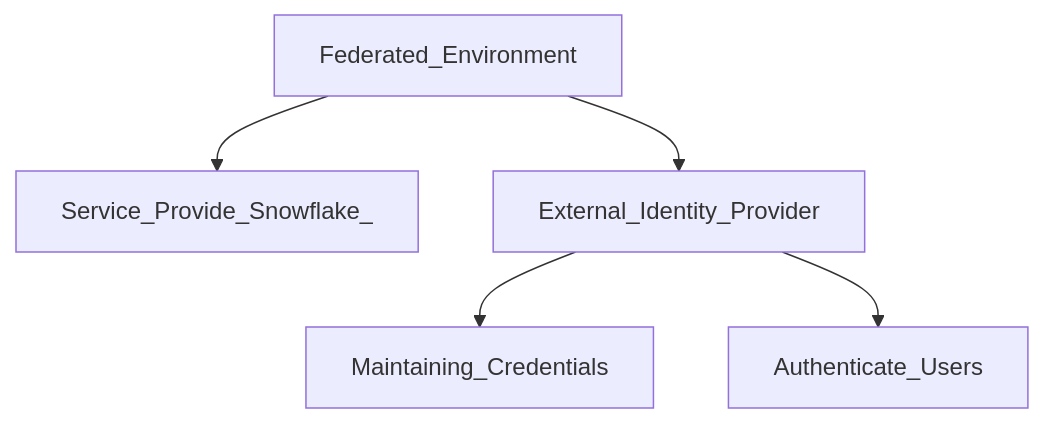
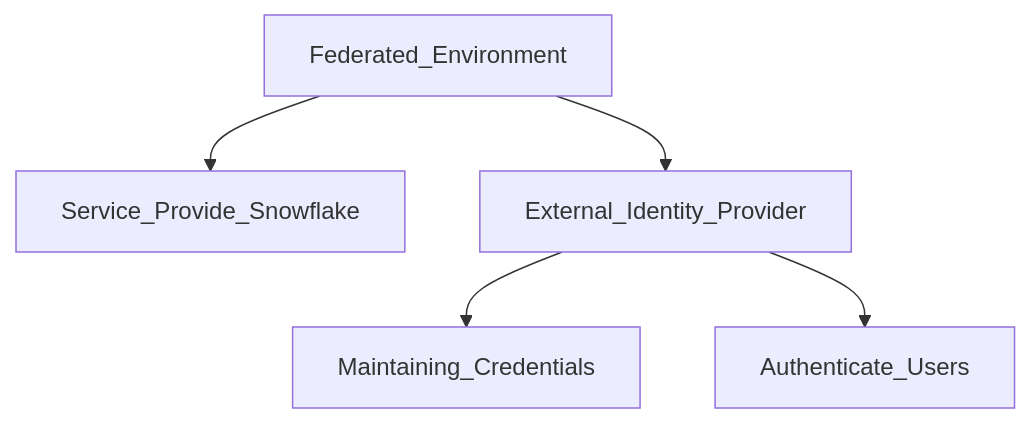
Before and after one commit to Shidhin-VP/Guides: the third of 5 diagrams in Snowflake_Core_Certification/Section8_Account&Security/readme.md, drawn with Mermaid. The commit also changed other lines of this file, not shown here.

````diff
--- a/Snowflake_Core_Certification/Section8_Account&Security/readme.md
+++ b/Snowflake_Core_Certification/Section8_Account&Security/readme.md
@@ -201,7 +201,7 @@
     ```mermaid
     graph TD;
-        Federated_Environment-->Service_Provide_Snowflake_;
+        Federated_Environment-->Service_Provide_Snowflake;
         Federated_Environment-->External_Identity_Provider;
         External_Identity_Provider-->Maintaining_Credentials;
         External_Identity_Provider-->Authenticate_Users;
     ```
````
